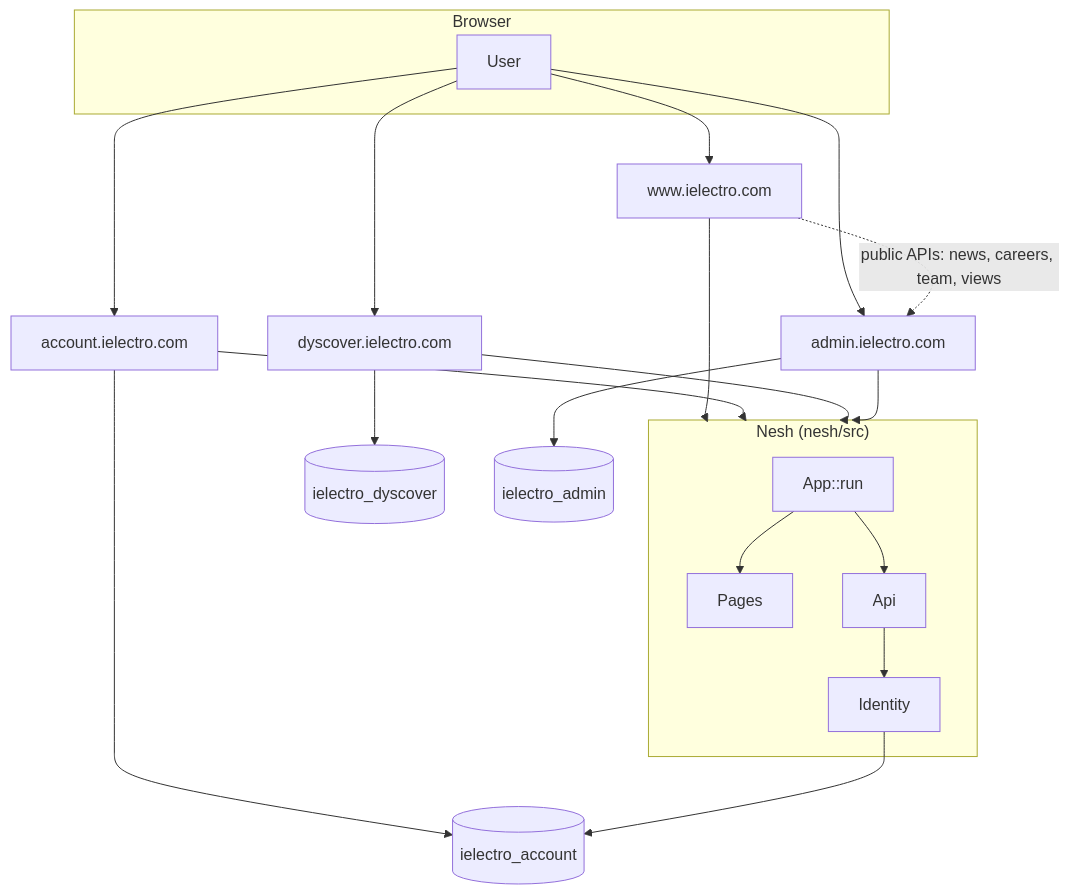
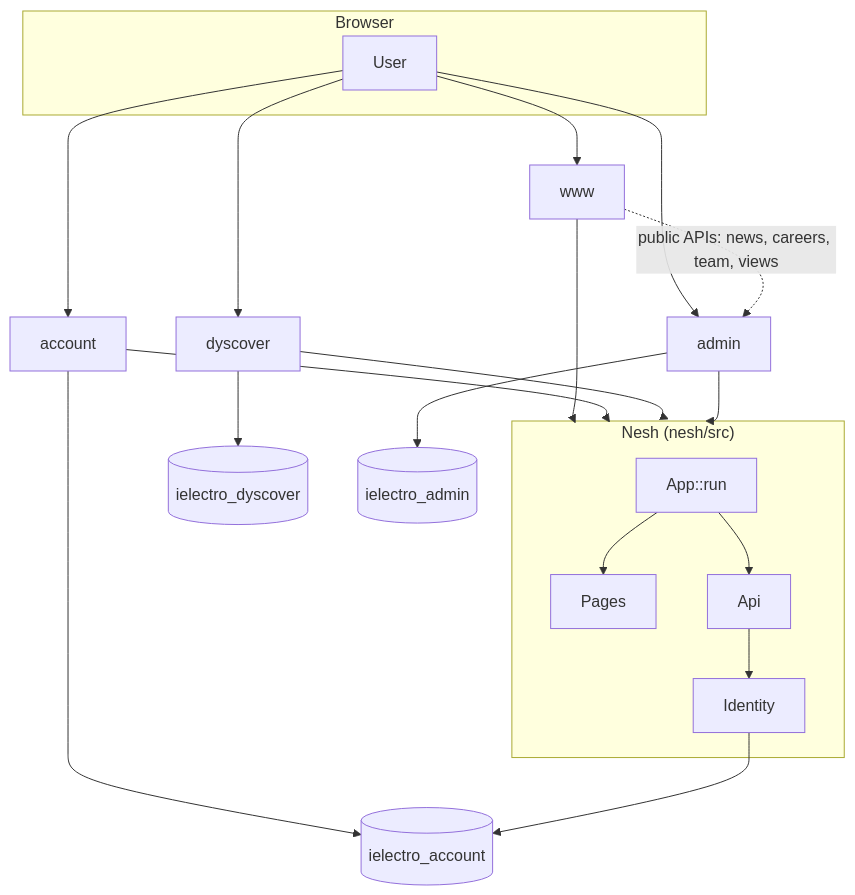
One commit to distinia/ielectro-presentation changed the first of 5 diagrams in README.md. Above: the diagram before and after it, drawn with Mermaid. The commit also changed other lines of this file, not shown here.

````diff
--- a/README.md
+++ b/README.md
@@ -44,32 +42,32 @@
 ```mermaid
 flowchart TB
   subgraph Browser
     U[User]
   end
 
-  U --> WWW[www.ielectro.com]
-  U --> ACC[account.ielectro.com]
-  U --> DYS[dyscover.ielectro.com]
-  U --> ADM[admin.ielectro.com]
+  U --> WWW[www]
+  U --> ACC[account]
+  U --> DYS[dyscover]
+  U --> ADM[admin]
 
   WWW --> Nesh
   ACC --> Nesh
   DYS --> Nesh
   ADM --> Nesh
 
   subgraph Nesh["Nesh (nesh/src)"]
     App[App::run]
     Pages[Pages]
     Api[Api]
     Id[Identity]
     App --> Pages
     App --> Api
     Api --> Id
   end
 
   ACC --> DA[(ielectro_account)]
   DYS --> DD[(ielectro_dyscover)]
   ADM --> DM[(ielectro_admin)]
   WWW -.->|public APIs: news, careers, team, views| ADM
   Id --> DA
 ```
````
